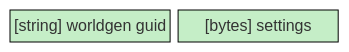
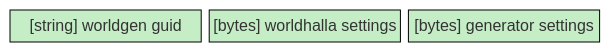
Before and after one commit to Gurebu/worldhalla: the fourth of 4 diagrams in README.md, drawn with Mermaid. The commit also changed other lines of this file and 7 other files, not shown here.

````diff
--- a/README.md
+++ b/README.md
@@ -103,8 +103,9 @@
 ```mermaid
 block-beta
-columns 2
-  guid["[string] worldgen guid"] blob["[bytes] settings"]
+columns 3
+  guid["[string] worldgen guid"] own["[bytes] worldhalla settings"] blob["[bytes] generator settings"]
 
 style guid fill:#c5eec7,stroke:#000,color:#000
+style own fill:#c5eec7,stroke:#000,color:#000
 style blob fill:#c5eec7,stroke:#000,color:#000
 ```
````
